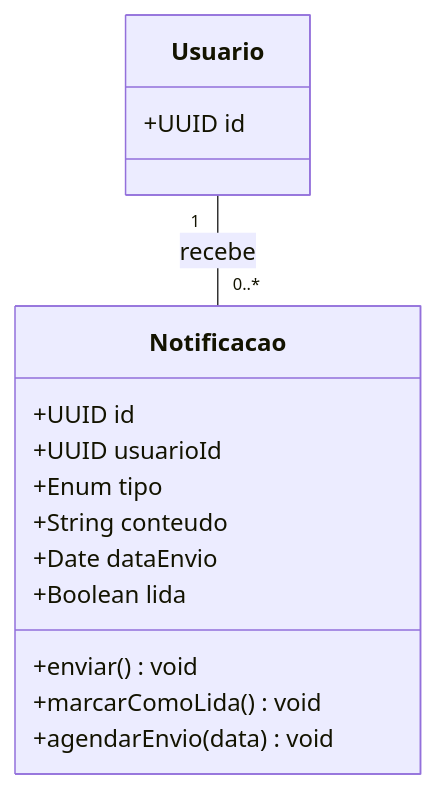
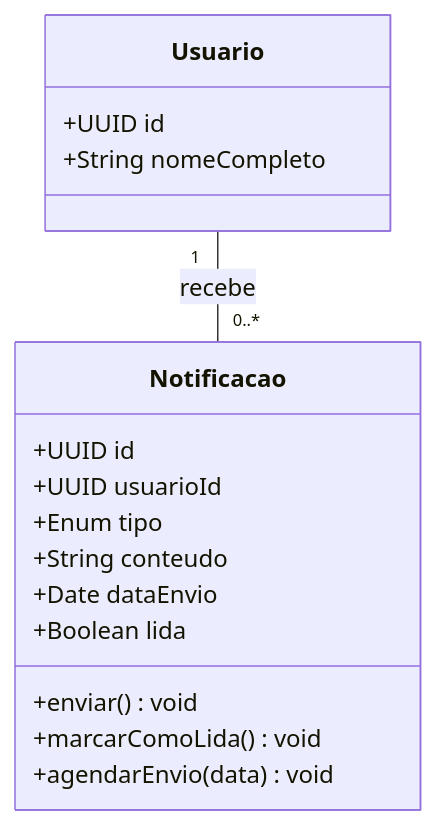
One commit to JEAN1ACCELER/projeto_pratico-eg changed the seventh of 7 diagrams in projeto-e-arquitetura/6-c4-codigo.md. Above: the diagram before and after it, drawn with Mermaid. The commit also changed other lines of this file, not shown here.

````diff
--- a/projeto-e-arquitetura/6-c4-codigo.md
+++ b/projeto-e-arquitetura/6-c4-codigo.md
@@ -272,20 +381,21 @@
 ```mermaid
 classDiagram
     class Usuario {
         +UUID id
+        +String nomeCompleto
     }
 
     class Notificacao {
         +UUID id
         +UUID usuarioId
         +Enum tipo
         +String conteudo
         +Date dataEnvio
         +Boolean lida
         +enviar() void
         +marcarComoLida() void
         +agendarEnvio(data) void
     }
 
     Usuario "1" -- "0..*" Notificacao : recebe
 ```
````
